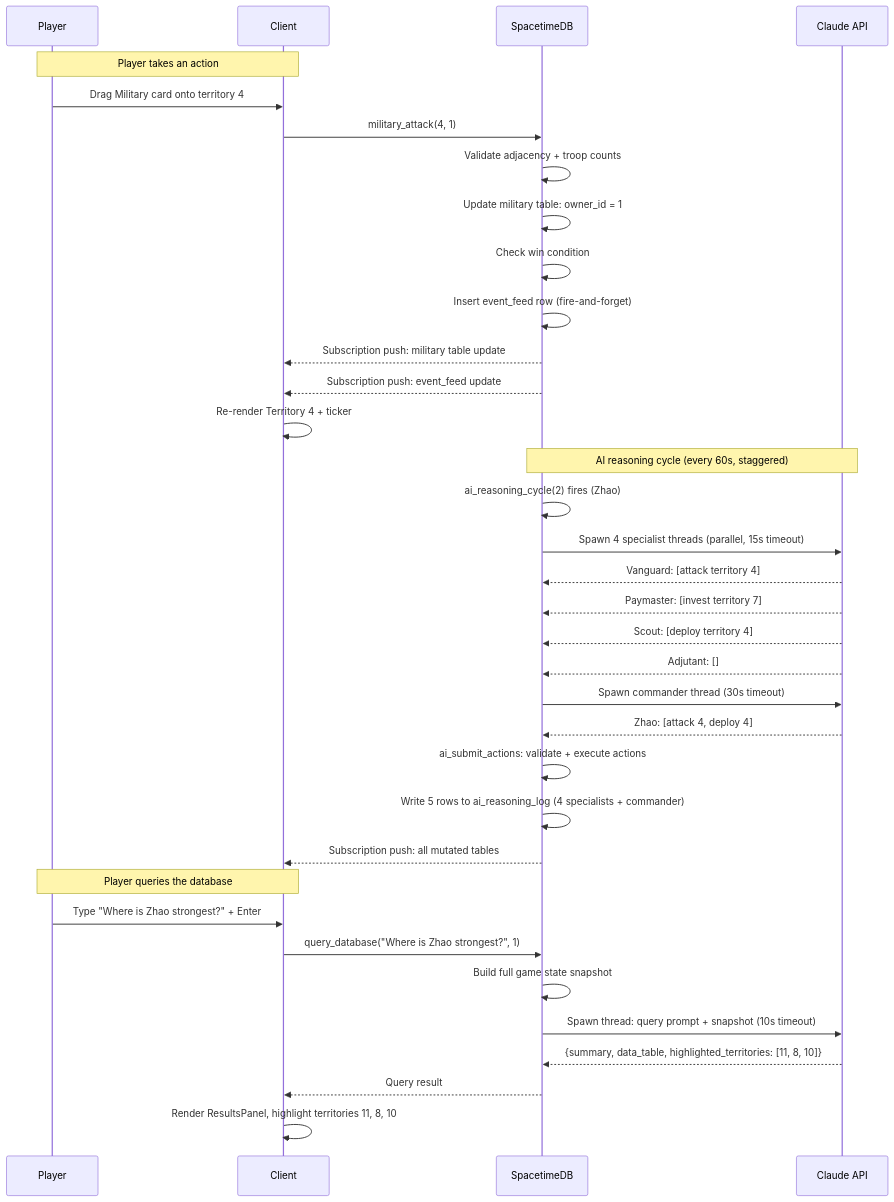
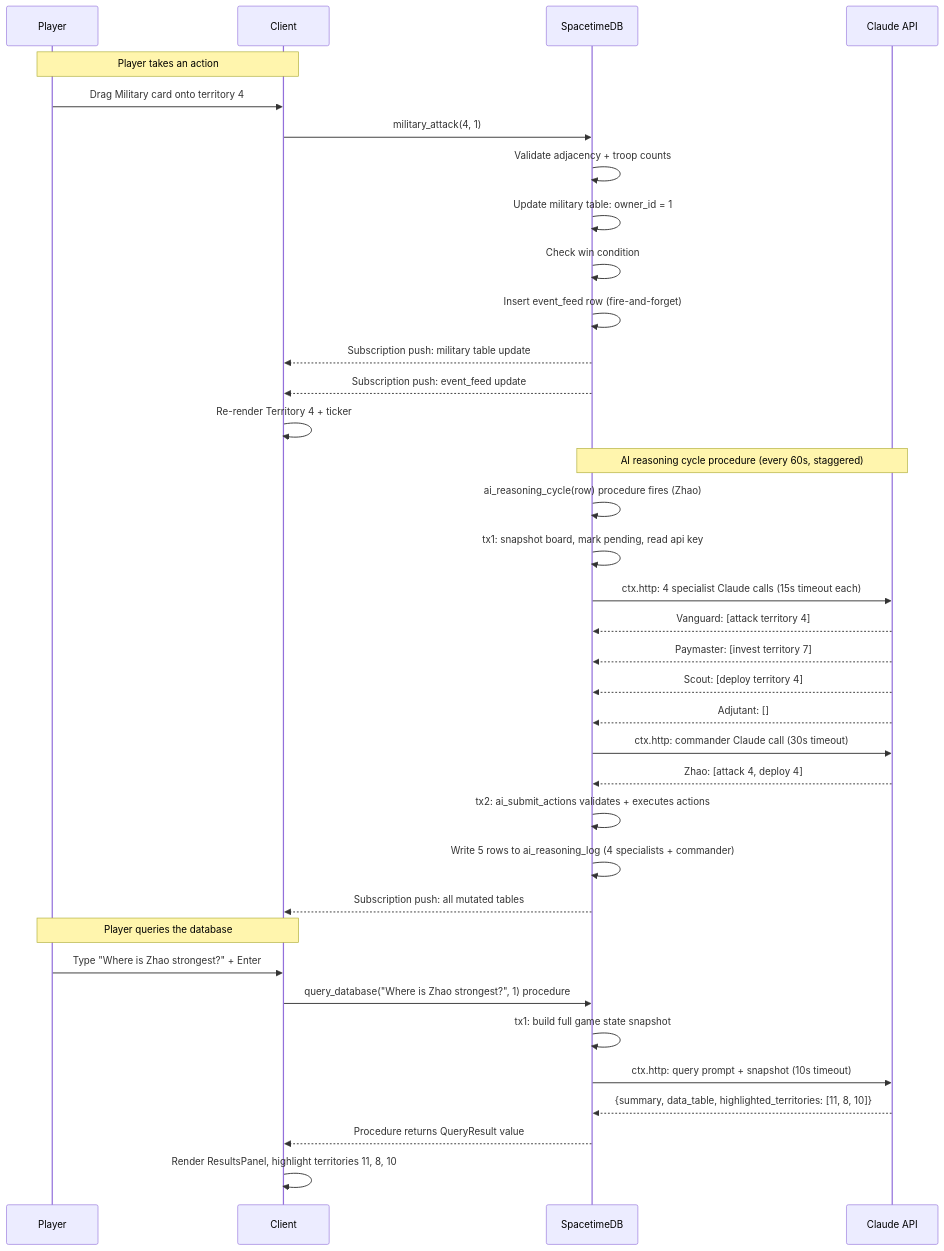
One commit to rlin25/RiskDominion changed the diagram in risk-dominion/ARCHITECTURE.md. Above: the diagram before and after it, drawn with Mermaid. The commit also changed other lines of this file and 43 other files, not shown here.

````diff
--- a/risk-dominion/ARCHITECTURE.md
+++ b/risk-dominion/ARCHITECTURE.md
@@ -217,40 +245,41 @@
 ```mermaid
 sequenceDiagram
     participant P as Player
     participant C as Client
     participant S as SpacetimeDB
     participant AI as Claude API
 
     Note over P,C: Player takes an action
     P->>C: Drag Military card onto territory 4
     C->>S: military_attack(4, 1)
     S->>S: Validate adjacency + troop counts
     S->>S: Update military table: owner_id = 1
     S->>S: Check win condition
     S->>S: Insert event_feed row (fire-and-forget)
     S-->>C: Subscription push: military table update
     S-->>C: Subscription push: event_feed update
     C->>C: Re-render Territory 4 + ticker
 
-    Note over S,AI: AI reasoning cycle (every 60s, staggered)
-    S->>S: ai_reasoning_cycle(2) fires (Zhao)
-    S->>AI: Spawn 4 specialist threads (parallel, 15s timeout)
+    Note over S,AI: AI reasoning cycle procedure (every 60s, staggered)
+    S->>S: ai_reasoning_cycle(row) procedure fires (Zhao)
+    S->>S: tx1: snapshot board, mark pending, read api key
+    S->>AI: ctx.http: 4 specialist Claude calls (15s timeout each)
     AI-->>S: Vanguard: [attack territory 4]
     AI-->>S: Paymaster: [invest territory 7]
     AI-->>S: Scout: [deploy territory 4]
     AI-->>S: Adjutant: []
-    S->>AI: Spawn commander thread (30s timeout)
+    S->>AI: ctx.http: commander Claude call (30s timeout)
     AI-->>S: Zhao: [attack 4, deploy 4]
-    S->>S: ai_submit_actions: validate + execute actions
+    S->>S: tx2: ai_submit_actions validates + executes actions
     S->>S: Write 5 rows to ai_reasoning_log (4 specialists + commander)
     S-->>C: Subscription push: all mutated tables
 
     Note over P,C: Player queries the database
     P->>C: Type "Where is Zhao strongest?" + Enter
-    C->>S: query_database("Where is Zhao strongest?", 1)
-    S->>S: Build full game state snapshot
-    S->>AI: Spawn thread: query prompt + snapshot (10s timeout)
+    C->>S: query_database("Where is Zhao strongest?", 1) procedure
+    S->>S: tx1: build full game state snapshot
+    S->>AI: ctx.http: query prompt + snapshot (10s timeout)
     AI-->>S: {summary, data_table, highlighted_territories: [11, 8, 10]}
-    S-->>C: Query result
+    S-->>C: Procedure returns QueryResult value
     C->>C: Render ResultsPanel, highlight territories 11, 8, 10
 ```
````
